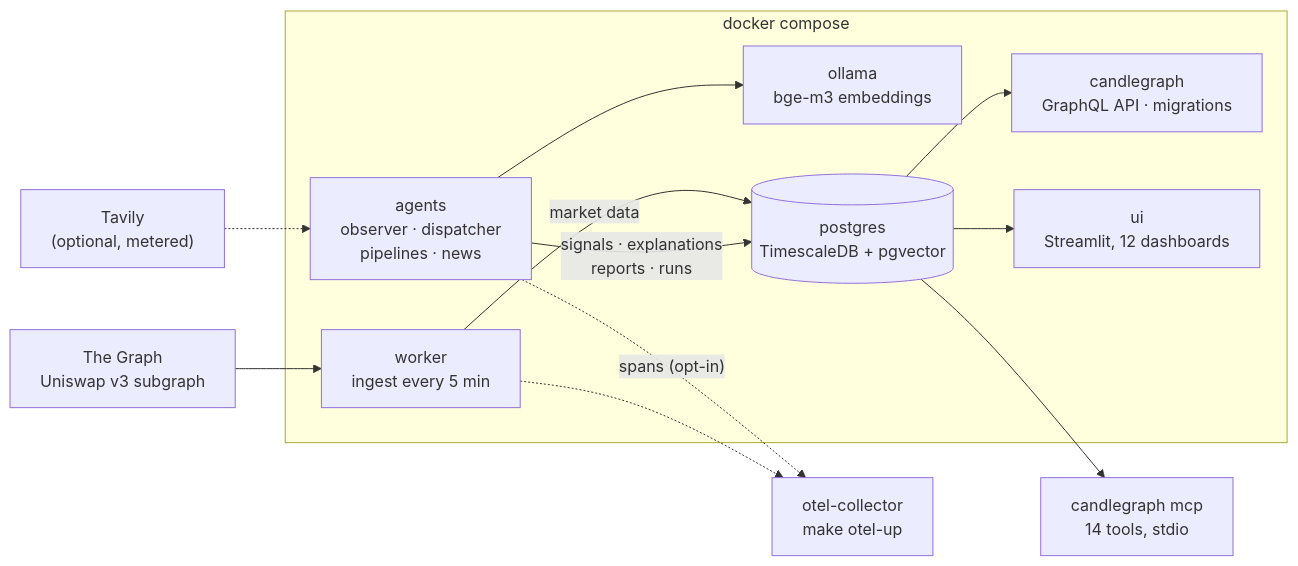
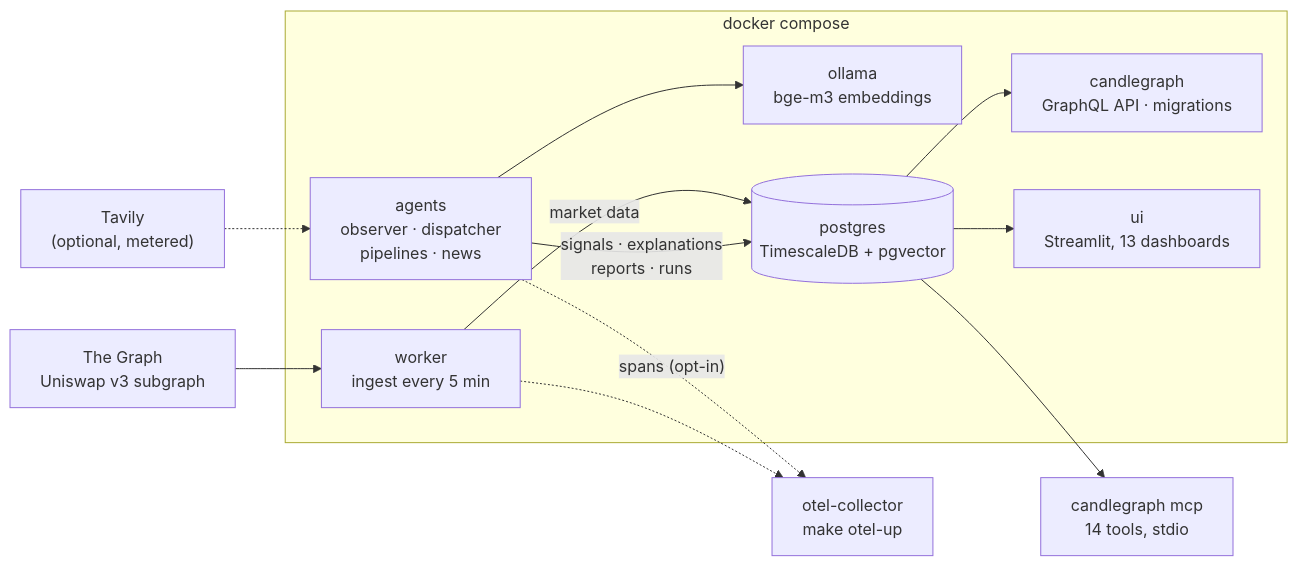
One commit to stamzid/candlegraph changed the first of 3 diagrams in docs/overview/DESIGN.md. Above: the diagram before and after it, drawn with Mermaid. The commit also changed other lines of this file and 19 other files, not shown here.

````diff
--- a/docs/overview/DESIGN.md
+++ b/docs/overview/DESIGN.md
@@ -42,23 +42,23 @@
 ```mermaid
 flowchart LR
   TG["The Graph<br/>Uniswap v3 subgraph"] --> W
   TV["Tavily<br/>(optional, metered)"] -.-> A
 
   subgraph compose["docker compose"]
     W["worker<br/>ingest every 5 min"]
     A["agents<br/>observer · dispatcher<br/>pipelines · news"]
     API["candlegraph<br/>GraphQL API · migrations"]
-    UI["ui<br/>Streamlit, 12 dashboards"]
+    UI["ui<br/>Streamlit, 13 dashboards"]
     OL["ollama<br/>bge-m3 embeddings"]
     DB[("postgres<br/>TimescaleDB + pgvector")]
   end
 
   W -->|"market data"| DB
   A -->|"signals · explanations<br/>reports · runs"| DB
   A --> OL
   DB --> API
   DB --> UI
   DB --> MCP["candlegraph mcp<br/>14 tools, stdio"]
   A -.->|"spans (opt-in)"| OT["otel-collector<br/>make otel-up"]
   W -.-> OT
 ```
````
